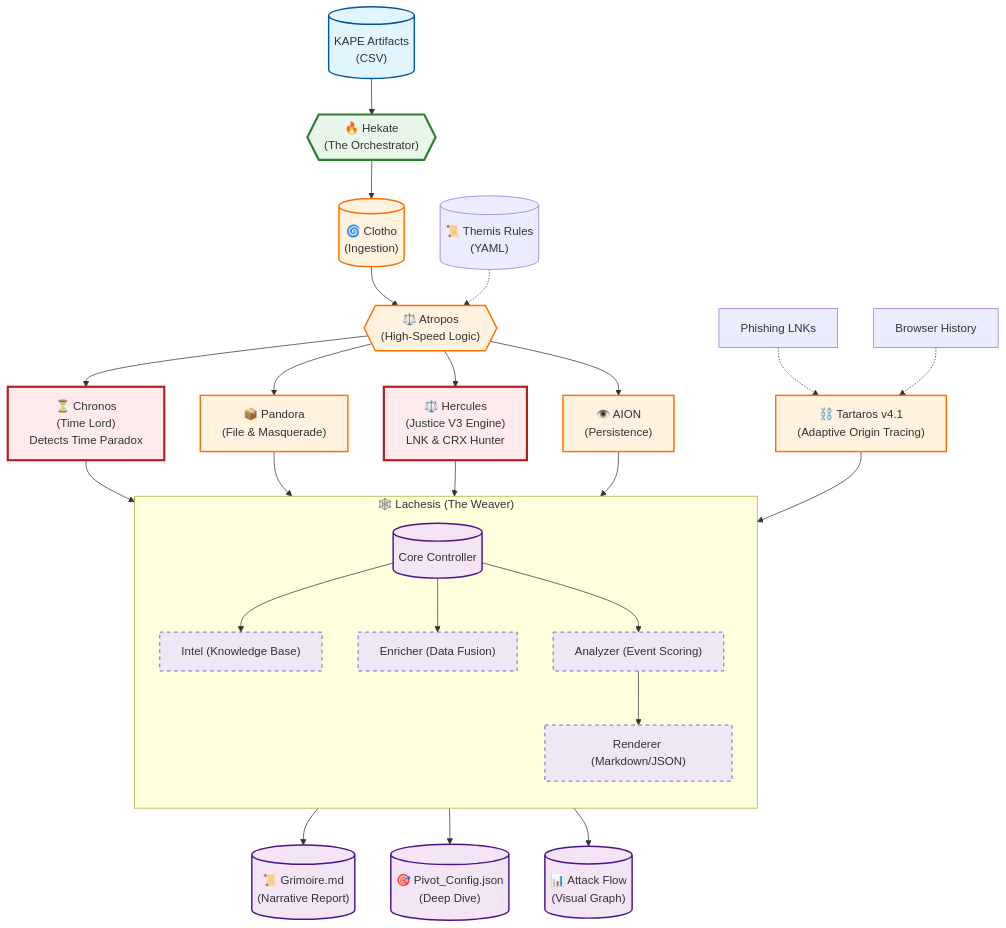
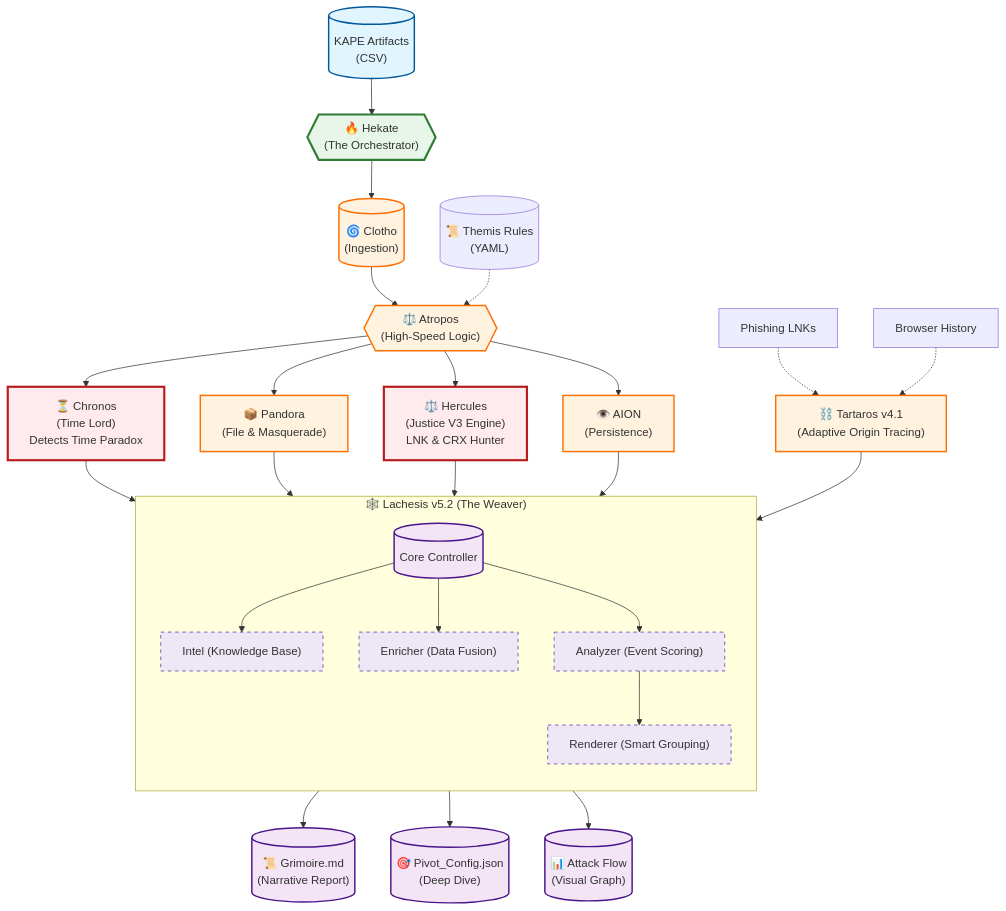
The diagram in README.md (schutzz/SkiaHelios), drawn with Mermaid before and after one commit. The commit also changed other lines of this file and 1 other file, not shown here.

Commit message:
Update: SkiaHelios v5.2 - Smart LNK Grouping, Statistics Fix, and Remediation Table implementation

````diff
--- a/README.md
+++ b/README.md
@@ -24,54 +24,54 @@
 ```mermaid
 graph TD
     %% Define Styles
     classDef input fill:#e1f5fe,stroke:#01579b,stroke-width:2px;
     classDef core fill:#e8f5e9,stroke:#2e7d32,stroke-width:3px;
     classDef engine fill:#fff3e0,stroke:#ff6f00,stroke-width:2px;
     classDef judge fill:#ffebee,stroke:#b71c1c,stroke-width:3px;
     classDef report fill:#f3e5f5,stroke:#4a148c,stroke-width:2px;
     classDef submod fill:#ede7f6,stroke:#512da8,stroke-width:1px,stroke-dasharray: 5 5;
 
     %% Input Stage
     Input[("KAPE Artifacts\n(CSV)")]:::input --> Hekate{{"🔥 Hekate\n(The Orchestrator)"}}:::core
     
     %% Ingestion & Analysis
     Hekate --> Clotho[("🌀 Clotho\n(Ingestion)")]:::engine
     Clotho --> Atropos{{"⚖️ Atropos\n(High-Speed Logic)"}}:::engine
     Rules[("📜 Themis Rules\n(YAML)")] -.-> Atropos
     
     %% Specialized Modules
     Atropos --> Chronos["⏳ Chronos\n(Time Lord)\nDetects Time Paradox"]:::judge
     Atropos --> Pandora["📦 Pandora\n(File & Masquerade)"]:::engine
     Atropos --> Hercules["⚖️ Hercules\n(Justice V3 Engine)\nLNK & CRX Hunter"]:::judge
     Atropos --> Aion["👁️ AION\n(Persistence)"]:::engine
     
     %% Origin Tracing
     LNKs["Phishing LNKs"] -.-> Tartaros["⛓️ Tartaros v4.1\n(Adaptive Origin Tracing)"]:::engine
     History["Browser History"] -.-> Tartaros
     
     %% Reporting Stage (Modular Lachesis)
-    subgraph Lachesis_Module ["🕸️ Lachesis (The Weaver)"]
+    subgraph Lachesis_Module ["🕸️ Lachesis v5.2 (The Weaver)"]
         direction TB
         L_Core[("Core Controller")]:::report
         L_Intel["Intel (Knowledge Base)"]:::submod
         L_Enrich["Enricher (Data Fusion)"]:::submod
         L_Analyzer["Analyzer (Event Scoring)"]:::submod
-        L_Render["Renderer (Markdown/JSON)"]:::submod
+        L_Render["Renderer (Smart Grouping)"]:::submod
         
         L_Core --> L_Intel
         L_Core --> L_Enrich
         L_Core --> L_Analyzer
         L_Analyzer --> L_Render
     end
 
     Chronos --> L_Core
     Pandora --> L_Core
     Hercules --> L_Core
     Aion --> L_Core
     Tartaros --> L_Core
     
     %% Output
     L_Render --> Report[("📜 Grimoire.md\n(Narrative Report)")]:::report
     L_Render --> Pivot[("🎯 Pivot_Config.json\n(Deep Dive)")]:::report
     L_Render --> Mermaid[("📊 Attack Flow\n(Visual Graph)")]:::report
 ```
````
